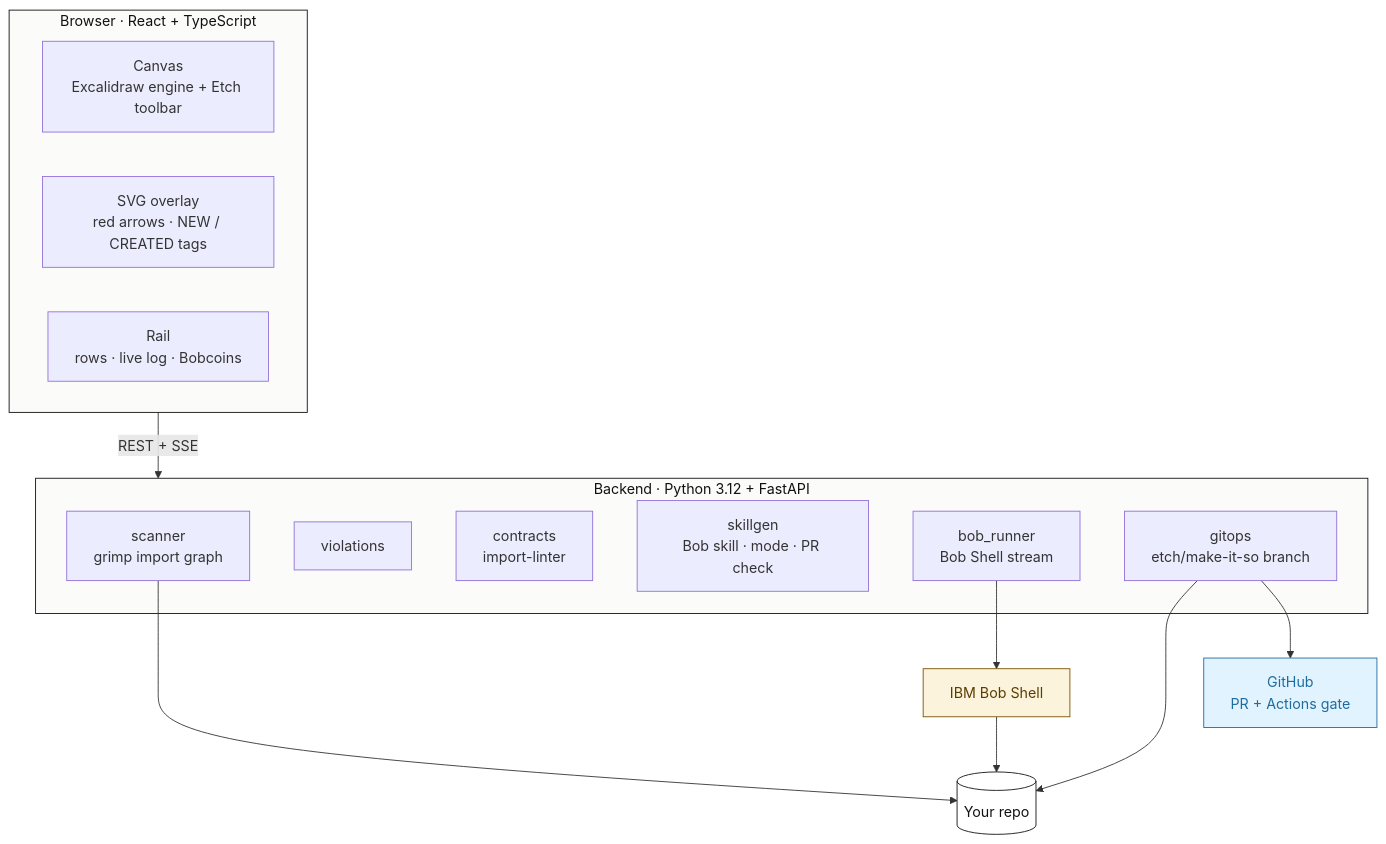
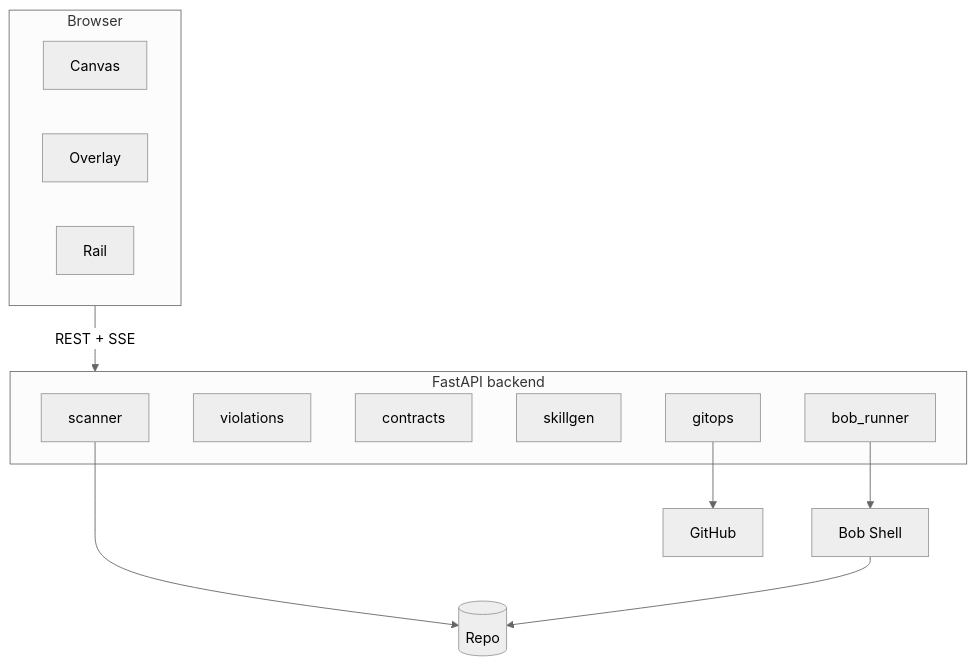
Before and after one commit to SolaimanK05/etch: the third of 3 diagrams in README.md, drawn with Mermaid. The commit also changed other lines of this file and 3 other files, not shown here.

Commit message:
README: minimal grayscale diagrams; screenshots show the Bobcoin budget picker

````diff
--- a/README.md
+++ b/README.md
@@ -239,30 +229,22 @@
 ```mermaid
+%%{init: {"theme": "neutral"}}%%
 flowchart TB
-    subgraph Browser["Browser · React + TypeScript"]
-        CV["Canvas<br/>Excalidraw engine + Etch toolbar"]
-        OV["SVG overlay<br/>red arrows · NEW / CREATED tags"]
-        RL["Rail<br/>rows · live log · Bobcoins"]
+    subgraph Browser
+        CV[Canvas]
+        OV[Overlay]
+        RL[Rail]
     end
-
-    subgraph Backend["Backend · Python 3.12 + FastAPI"]
-        SC["scanner<br/>grimp import graph"]
-        VI["violations"]
-        CO["contracts<br/>import-linter"]
-        SK["skillgen<br/>Bob skill · mode · PR check"]
-        BR["bob_runner<br/>Bob Shell stream"]
-        GO["gitops<br/>etch/make-it-so branch"]
+    subgraph Backend[FastAPI backend]
+        SC[scanner]
+        VI[violations]
+        CO[contracts]
+        SK[skillgen]
+        BR[bob_runner]
+        GO[gitops]
     end
-
-    Browser -- "REST + SSE" --> Backend
-    BR --> BOB["IBM Bob Shell"]
-    SC --> REPO[("Your repo")]
+    Browser -- REST + SSE --> Backend
+    BR --> BOB[Bob Shell]
+    SC --> REPO[(Repo)]
     BOB --> REPO
-    GO --> REPO
-    GO --> GH["GitHub<br/>PR + Actions gate"]
-
-    style Browser fill:#FBFBFA,stroke:#111111,color:#111111
-    style Backend fill:#FBFBFA,stroke:#111111,color:#111111
-    style BOB fill:#FBF3DB,stroke:#7A5200,color:#5C3D00
-    style REPO fill:#FFFFFF,stroke:#111111,color:#111111
-    style GH fill:#E1F3FE,stroke:#1F6C9F,color:#1F6C9F
+    GO --> GH[GitHub]
 ```
````
